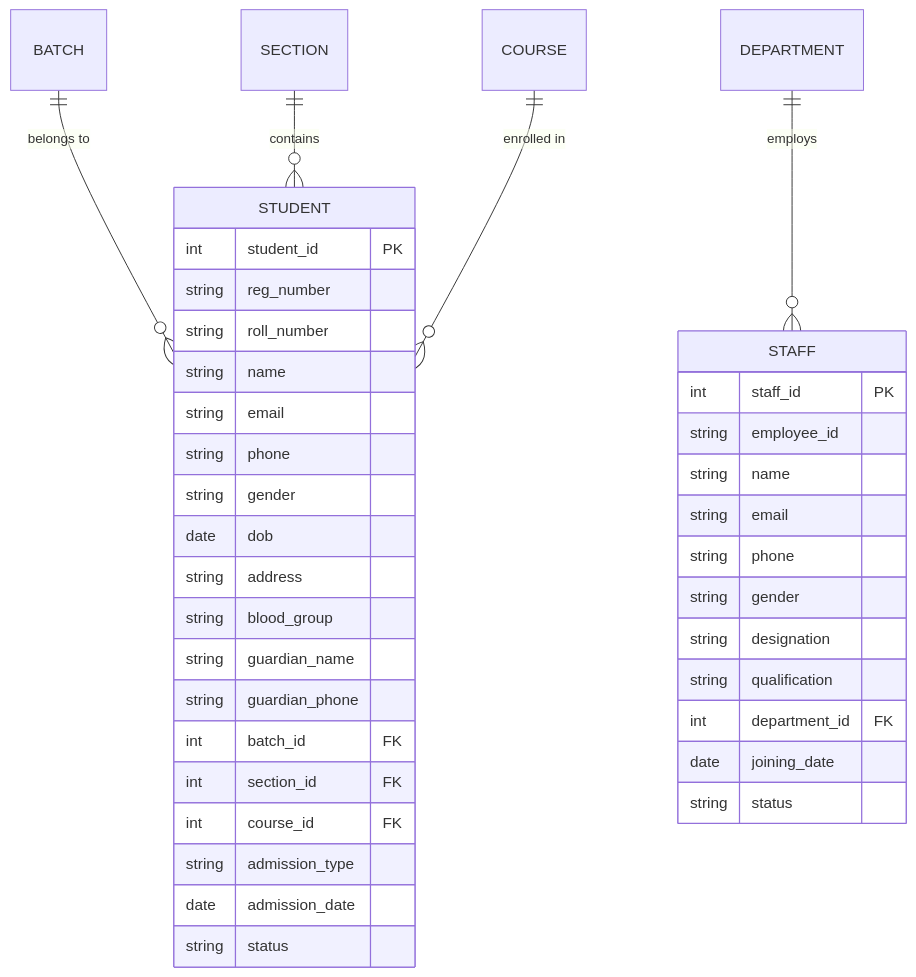
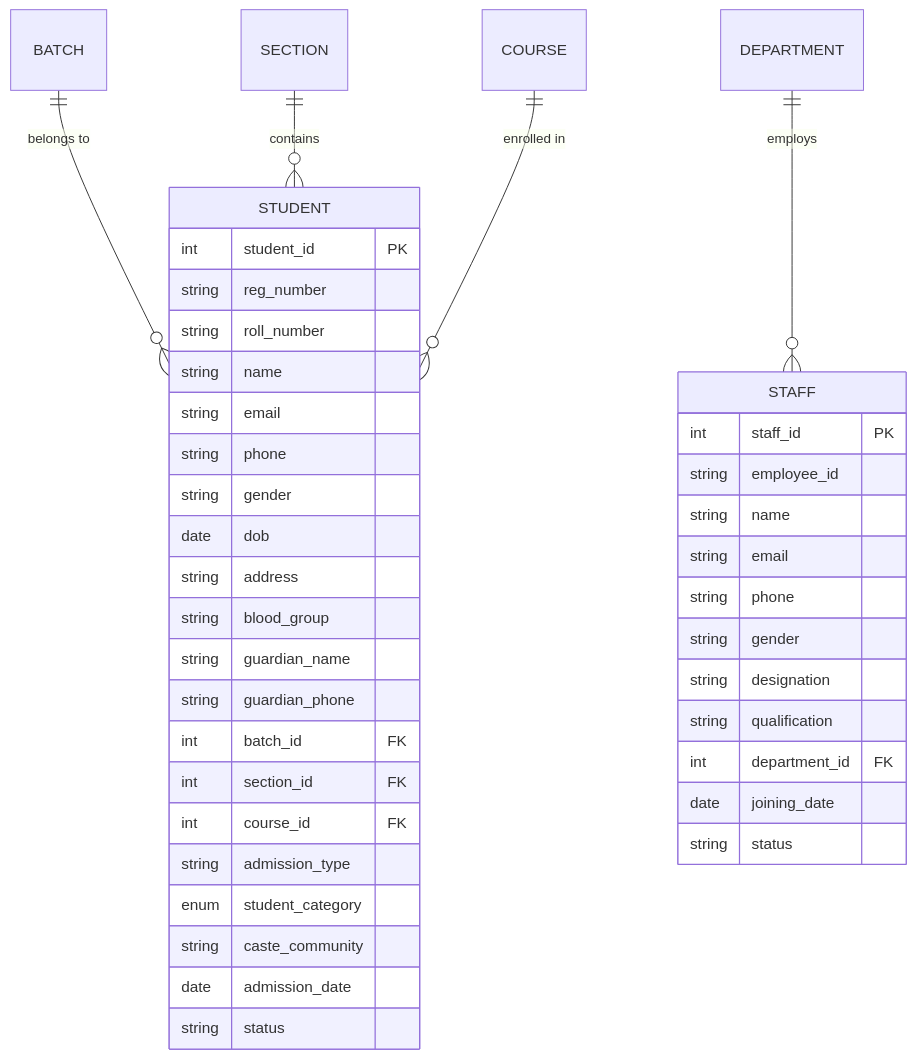
Before and after one commit to NALIBAK/management-system: the third of 10 diagrams in college_management_requirements.md, drawn with Mermaid. The commit also changed other lines of this file and 13 other files, not shown here.

````diff
--- a/college_management_requirements.md
+++ b/college_management_requirements.md
@@ -327,41 +335,43 @@
 ```mermaid
 erDiagram
     BATCH ||--o{ STUDENT : "belongs to"
     SECTION ||--o{ STUDENT : contains
     COURSE ||--o{ STUDENT : "enrolled in"
     DEPARTMENT ||--o{ STAFF : employs
 
     STUDENT {
         int student_id PK
         string reg_number
         string roll_number
         string name
         string email
         string phone
         string gender
         date dob
         string address
         string blood_group
         string guardian_name
         string guardian_phone
         int batch_id FK
         int section_id FK
         int course_id FK
         string admission_type
+        enum student_category
+        string caste_community
         date admission_date
         string status
     }
     STAFF {
         int staff_id PK
         string employee_id
         string name
         string email
         string phone
         string gender
         string designation
         string qualification
         int department_id FK
         date joining_date
         string status
     }
 ```
````
